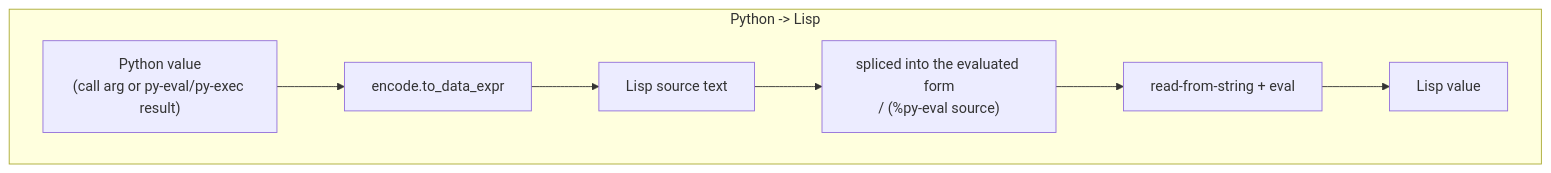
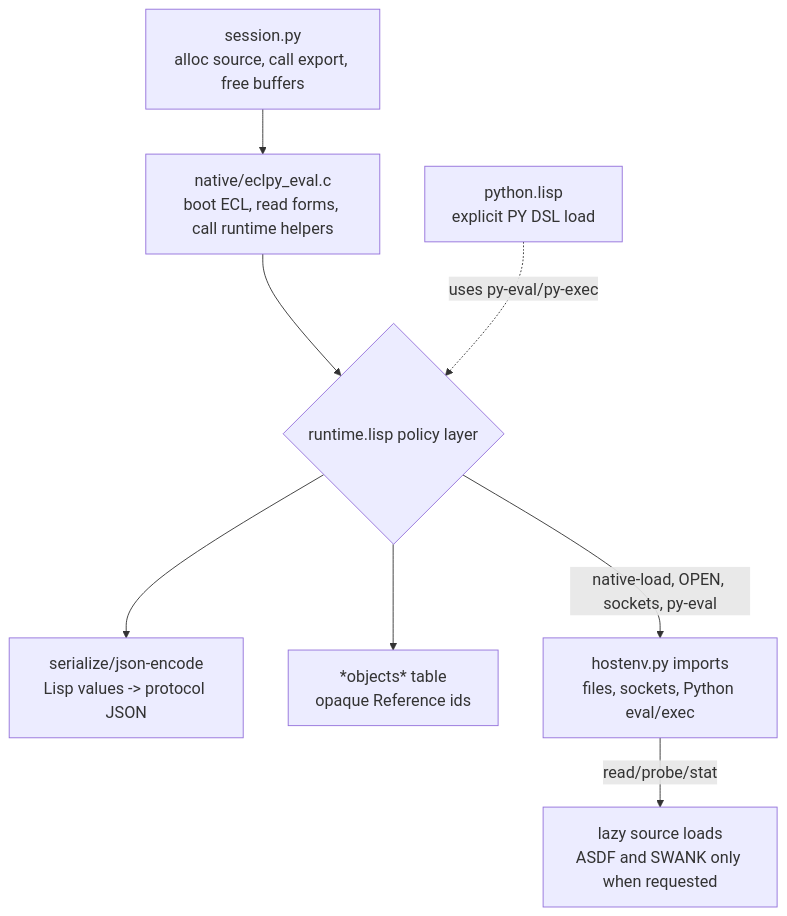
One commit to tani/eclpy changed the second of 3 diagrams in docs/architecture.md. Above: the diagram before and after it, drawn with Mermaid. The commit also changed other lines of this file and 21 other files, not shown here.

````diff
--- a/docs/architecture.md
+++ b/docs/architecture.md
@@ -64,11 +42,20 @@
 ```mermaid
-flowchart LR
-    subgraph "Python -> Lisp"
-        direction LR
-        pv["Python value<br/>(call arg or py-eval/py-exec result)"] --> enc["encode.to_data_expr"]
-        enc --> src["Lisp source text"]
-        src --> spliced["spliced into the evaluated form<br/>/ (%py-eval source)"]
-        spliced --> rd["read-from-string + eval"]
-        rd --> lv["Lisp value"]
-    end
+%%{init: {"themeVariables": {"fontSize": "18px"}}}%%
+flowchart TB
+    session["session.py<br/>alloc source, call export, free buffers"]
+    cbridge["native/eclpy_eval.c<br/>boot ECL, read forms, call runtime helpers"]
+    runtime{"runtime.lisp policy layer"}
+    serializer["serialize/json-encode<br/>Lisp values -> protocol JSON"]
+    refs["*objects* table<br/>opaque Reference ids"]
+    hostenv["hostenv.py imports<br/>files, sockets, Python eval/exec"]
+    lazy["lazy source loads<br/>ASDF and SWANK only when requested"]
+    pydsl["python.lisp<br/>explicit PY DSL load"]
+
+    session --> cbridge
+    cbridge --> runtime
+    runtime --> serializer
+    runtime --> refs
+    runtime -->|"native-load, OPEN, sockets, py-eval"| hostenv
+    hostenv -->|"read/probe/stat"| lazy
+    pydsl -.->|"uses py-eval/py-exec"| runtime
 ```
````
